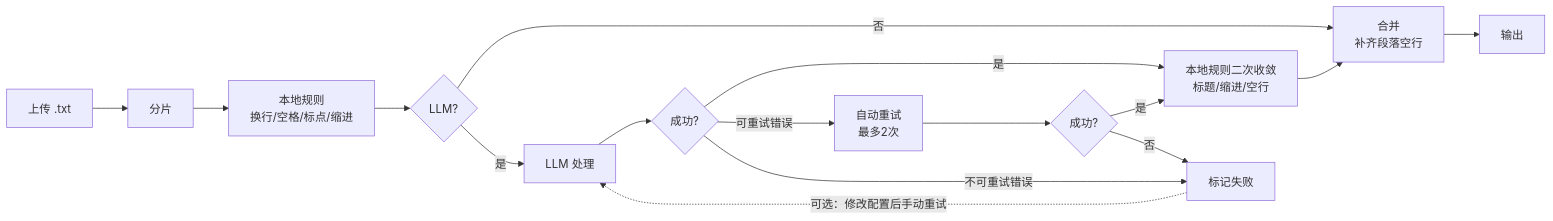
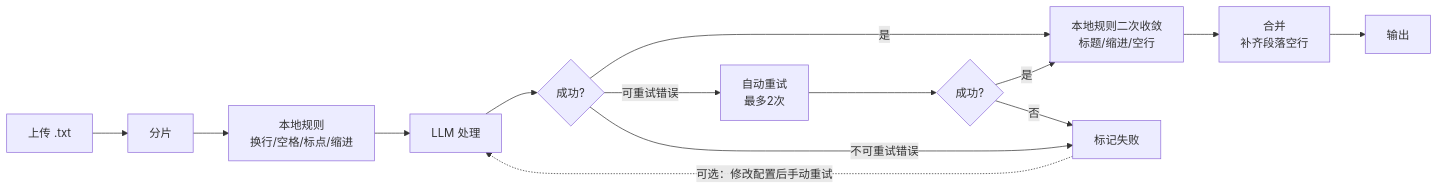
One commit to makoMakoGo/novel-proofer changed the diagram in README.md. Above: the diagram before and after it, drawn with Mermaid. The commit also changed other lines of this file and 17 other files, not shown here.

````diff
--- a/README.md
+++ b/README.md
@@ -54,17 +54,15 @@
 ```mermaid
 flowchart LR
     A[上传 .txt] --> B[分片] --> C[本地规则<br/>换行/空格/标点/缩进]
-    C --> D{LLM?}
-    D -->|否| F[合并<br/>补齐段落空行]
-    D -->|是| E[LLM 处理]
+    C --> E[LLM 处理]
     E --> H{成功?}
     H -->|是| P[本地规则二次收敛<br/>标题/缩进/空行]
-    P --> F
+    P --> F[合并<br/>补齐段落空行]
     H -->|可重试错误| R[自动重试<br/>最多2次]
     R --> H2{成功?}
     H2 -->|是| P
     H2 -->|否| M[标记失败]
     H -->|不可重试错误| M
     M -.->|可选：修改配置后手动重试| E
     F --> G[输出]
 ```
````
